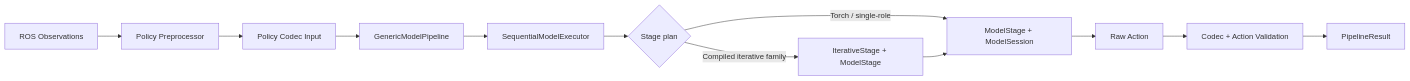
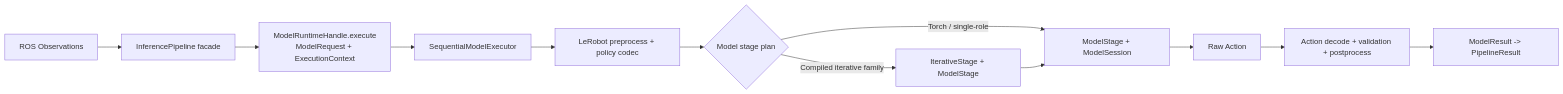
Before and after one commit to StoneStar-Aiknow/IB_Robot: the second of 9 diagrams in docs/unify.md, drawn with Mermaid. The commit also changed other lines of this file and 204 other files, not shown here.

First line of the commit message:
inference: unify runtime contracts

````diff
--- a/docs/unify.md
+++ b/docs/unify.md
@@ -220,14 +224,14 @@
 ```mermaid
 flowchart LR
-    OBS["ROS Observations"] --> PRE["Policy Preprocessor"]
-    PRE --> CODEC_IN["Policy Codec Input"]
-    CODEC_IN --> PIPELINE["GenericModelPipeline"]
-    PIPELINE --> EXECUTOR["SequentialModelExecutor"]
-    EXECUTOR --> STAGES{"Stage plan"}
+    OBS["ROS Observations"] --> FACADE["InferencePipeline facade"]
+    FACADE --> HANDLE["ModelRuntimeHandle.execute<br/>ModelRequest + ExecutionContext"]
+    HANDLE --> EXECUTOR["SequentialModelExecutor"]
+    EXECUTOR --> PRE["LeRobot preprocess + policy codec"]
+    PRE --> STAGES{"Model stage plan"}
     STAGES -->|"Torch / single-role"| SESSION["ModelStage + ModelSession"]
     STAGES -->|"Compiled iterative family"| ITERATIVE["IterativeStage + ModelStage"]
     ITERATIVE --> SESSION
     SESSION --> ACTION["Raw Action"]
-    ACTION --> CODEC_OUT["Codec + Action Validation"]
-    CODEC_OUT --> RESULT["PipelineResult"]
+    ACTION --> CODEC_OUT["Action decode + validation + postprocess"]
+    CODEC_OUT --> RESULT["ModelResult -> PipelineResult"]
 ```
````
